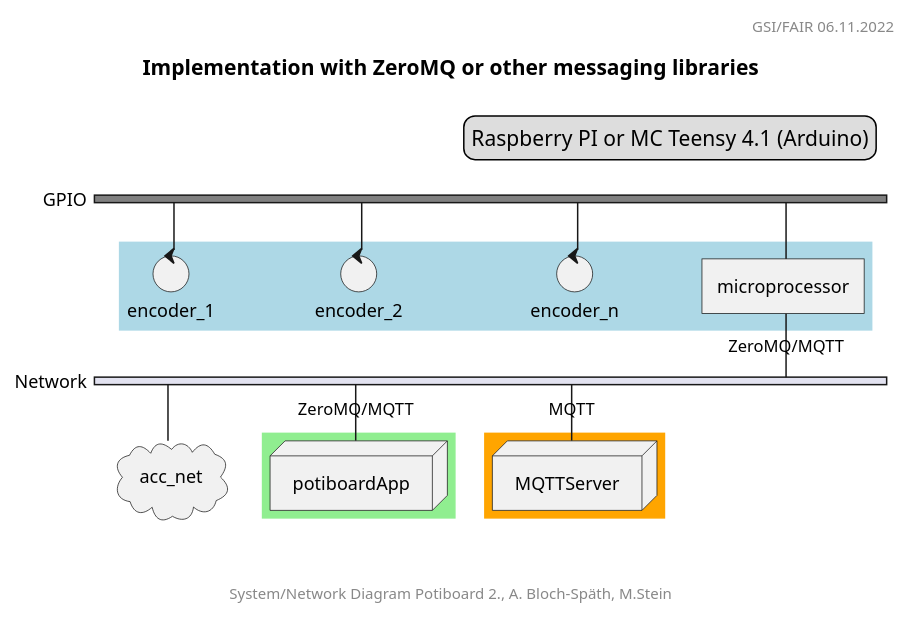
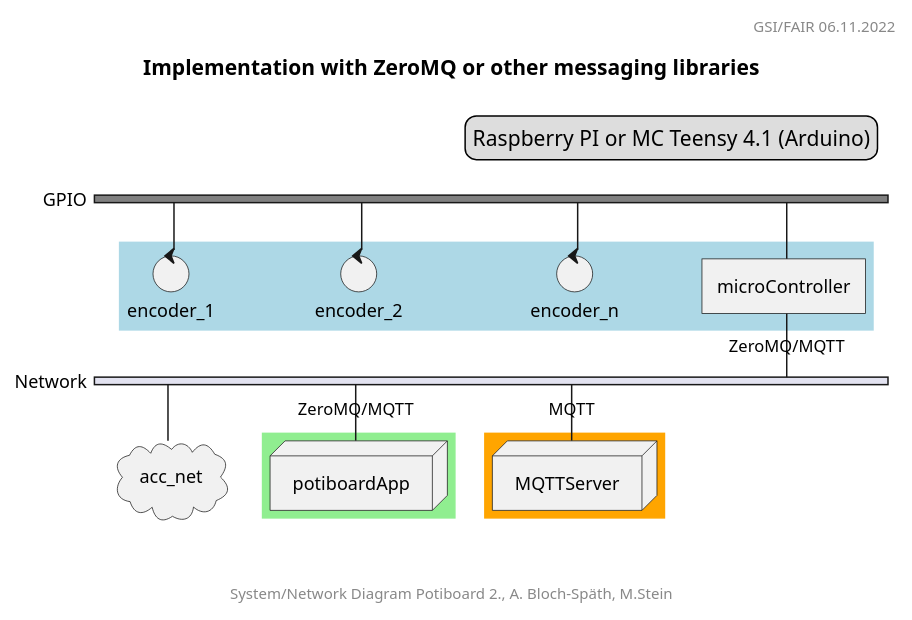
The diagram in plantuml/potiboard_network_02.puml (steinmartin/encoder-positions-docs), drawn with PlantUML before and after one commit. The commit also changed 24 other files, not shown here.

```diff
--- a/plantuml/potiboard_network_02.puml
+++ b/plantuml/potiboard_network_02.puml
@@ -1,43 +1,43 @@
 @startuml
 
 header GSI/FAIR 06.11.2022
 footer System/Network Diagram Potiboard 2., A. Bloch-Späth, M.Stein
 title Implementation with ZeroMQ or other messaging libraries
 
  legend top right
    Raspberry PI or MC Teensy 4.1 (Arduino)
  endlegend
 
 nwdiag {
   network GPIO {
     group {
       color = "lightblue";
        encoder_1;
        encoder_2;
        encoder_n;
-       microprocessor;
+       microController;
     }
 
     color = "gray"
     encoder_1 [shape = control];
     encoder_2 [shape = control];
     encoder_n [shape = control];
-    microprocessor [shape = component];
+    microController [shape = component];
   }
 
   network Network {
     group {
       color = "lightgreen";
       potiboardApp;
     }
     group {
       color = "orange";
       MQTTServer;
     }
   acc_net [shape = cloud];
       potiboardApp [shape = node, address = ZeroMQ/MQTT];
       MQTTServer [shape = node, address = MQTT];
-      microprocessor [address = ZeroMQ/MQTT];
+      microController [address = ZeroMQ/MQTT];
   }
 }
 @enduml
```
